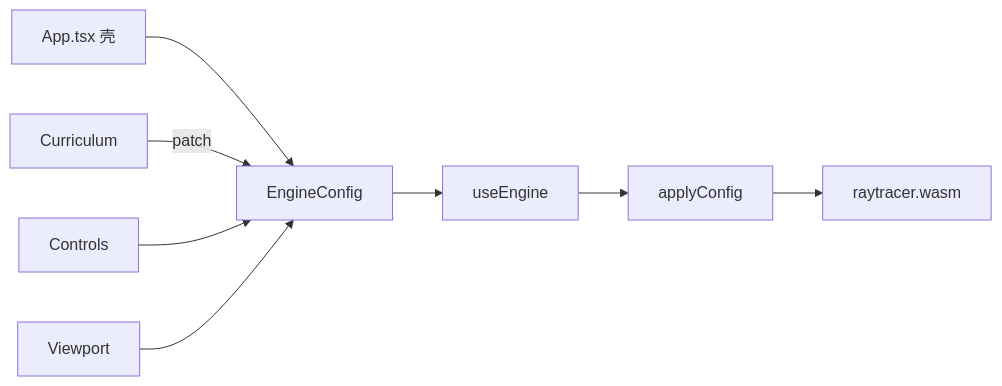
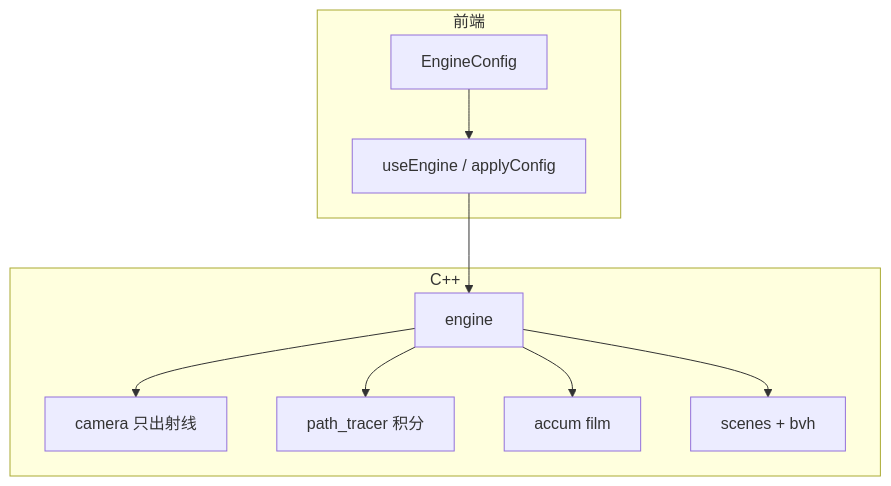
The diagram in docs/ARCHITECTURE.md (xiaoqianran/cpp-002), drawn with Mermaid before and after one commit. The commit also changed other lines of this file and 8 other files, not shown here.

First line of the commit message:
refactor(cpp): 第二刀 — camera / path_tracer / engine 拆分

````diff
--- a/docs/ARCHITECTURE.md
+++ b/docs/ARCHITECTURE.md
@@ -10,10 +5,19 @@
 ```mermaid
-flowchart LR
-  App["App.tsx 壳"] --> Cfg["EngineConfig"]
-  Cfg --> Hook["useEngine"]
-  Hook --> Apply["applyConfig"]
-  Apply --> WASM["raytracer.wasm"]
-  Course["Curriculum"] -->|patch| Cfg
-  Controls --> Cfg
-  Viewport --> Cfg
+flowchart TB
+  subgraph app["前端"]
+    Cfg["EngineConfig"]
+    Hook["useEngine / applyConfig"]
+  end
+  subgraph cpp["C++"]
+    E["engine"]
+    Cam["camera 只出射线"]
+    PT["path_tracer 积分"]
+    Film["accum film"]
+    Scene["scenes + bvh"]
+  end
+  Cfg --> Hook --> E
+  E --> Cam
+  E --> PT
+  E --> Film
+  E --> Scene
 ```
````
